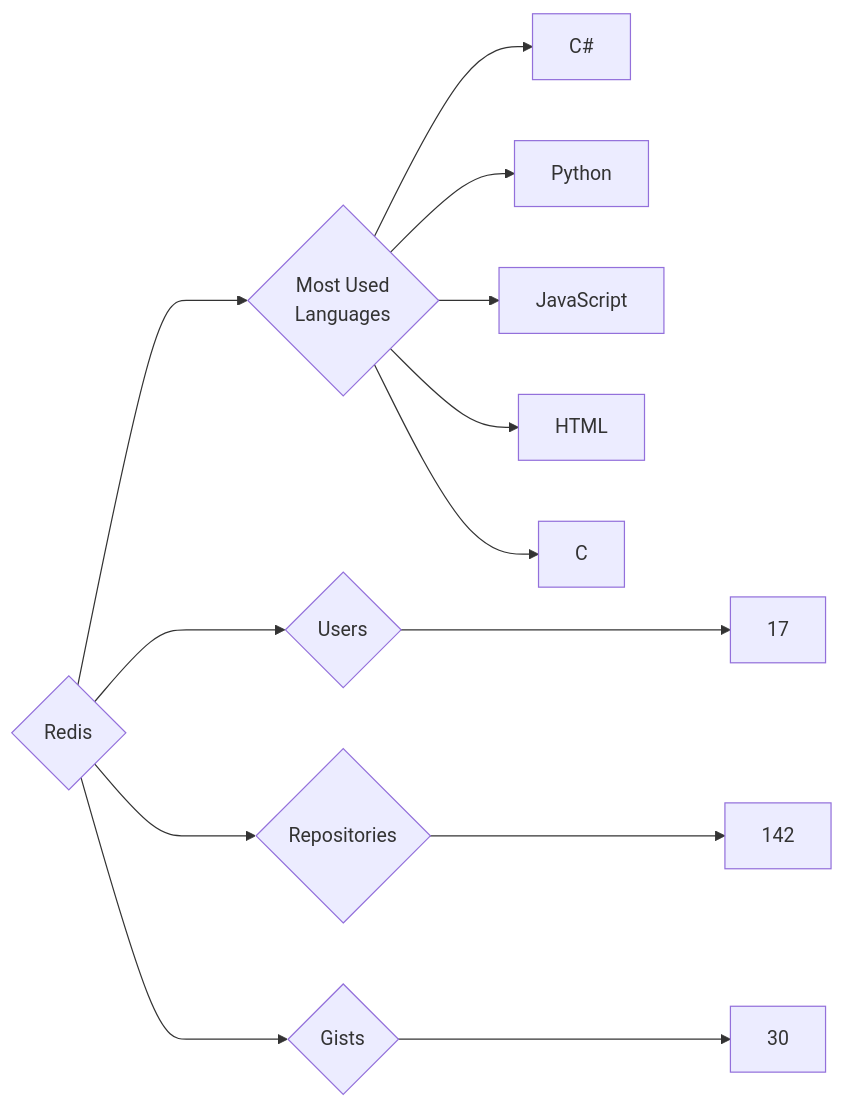
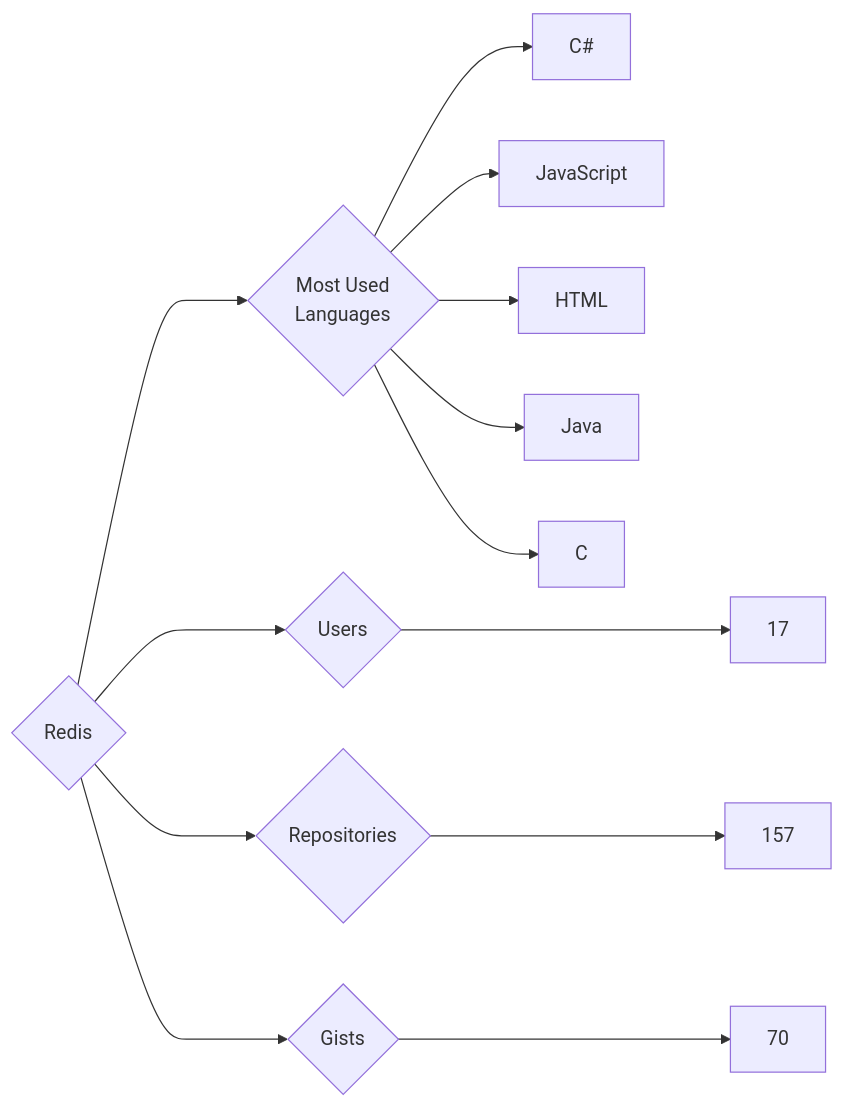
One commit to trickest/insiders changed the diagram in targets/Redis/README.md. Above: the diagram before and after it, drawn with Mermaid. The commit also changed 1508 other files, not shown here.

````diff
--- a/targets/Redis/README.md
+++ b/targets/Redis/README.md
@@ -3,13 +3,13 @@
 ```mermaid
 graph LR
 COMPANY_NAME{Redis}
 COMPANY_NAME ---> U{Users} ---> UN[17]
-COMPANY_NAME ---> R{Repositories} ---> RN[142]
-COMPANY_NAME ---> G{Gists} ---> GN[30]
+COMPANY_NAME ---> R{Repositories} ---> RN[157]
+COMPANY_NAME ---> G{Gists} ---> GN[70]
 COMPANY_NAME ---> ML{Most Used<br>Languages}
 ML --> C#[C#]
-ML --> Python[Python]
 ML --> JavaScript[JavaScript]
 ML --> HTML[HTML]
+ML --> Java[Java]
 ML --> C[C]
 ```
````
